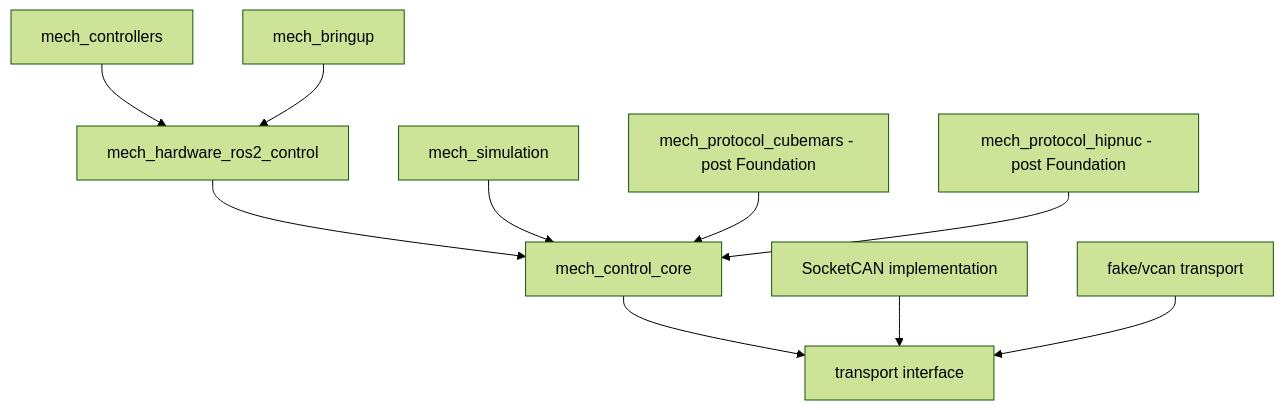
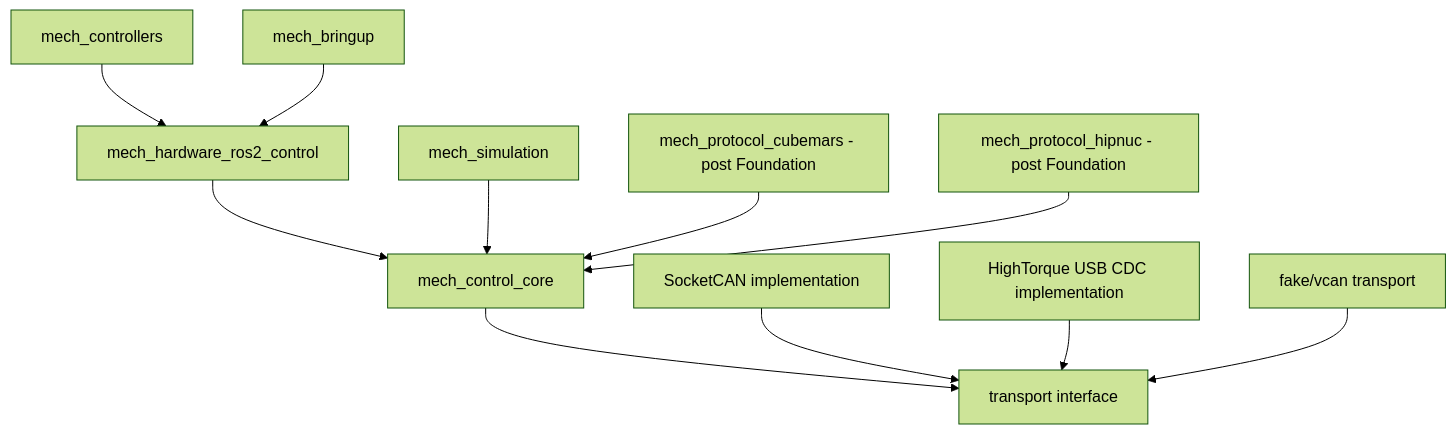
Before and after one commit to Makoto20S/jetson_mech_control: the diagram in docs/planning/07_framework_bootstrap_plan.md, drawn with Mermaid (forest theme). The commit also changed other lines of this file and 14 other files, not shown here.

````diff
--- a/docs/planning/07_framework_bootstrap_plan.md
+++ b/docs/planning/07_framework_bootstrap_plan.md
@@ -84,12 +85,13 @@
 ```mermaid
 flowchart TB
     CTRL[mech_controllers] --> ROSHW[mech_hardware_ros2_control]
     BRINGUP[mech_bringup] --> ROSHW
     ROSHW --> CORE[mech_control_core]
     SIM[mech_simulation] --> CORE
     CUBE[mech_protocol_cubemars - post Foundation] --> CORE
     HIP[mech_protocol_hipnuc - post Foundation] --> CORE
     CORE --> TRANSPORT[transport interface]
     SOCKET[SocketCAN implementation] --> TRANSPORT
+    HTCDC[HighTorque USB CDC implementation] --> TRANSPORT
     FAKE[fake/vcan transport] --> TRANSPORT
 ```
````
